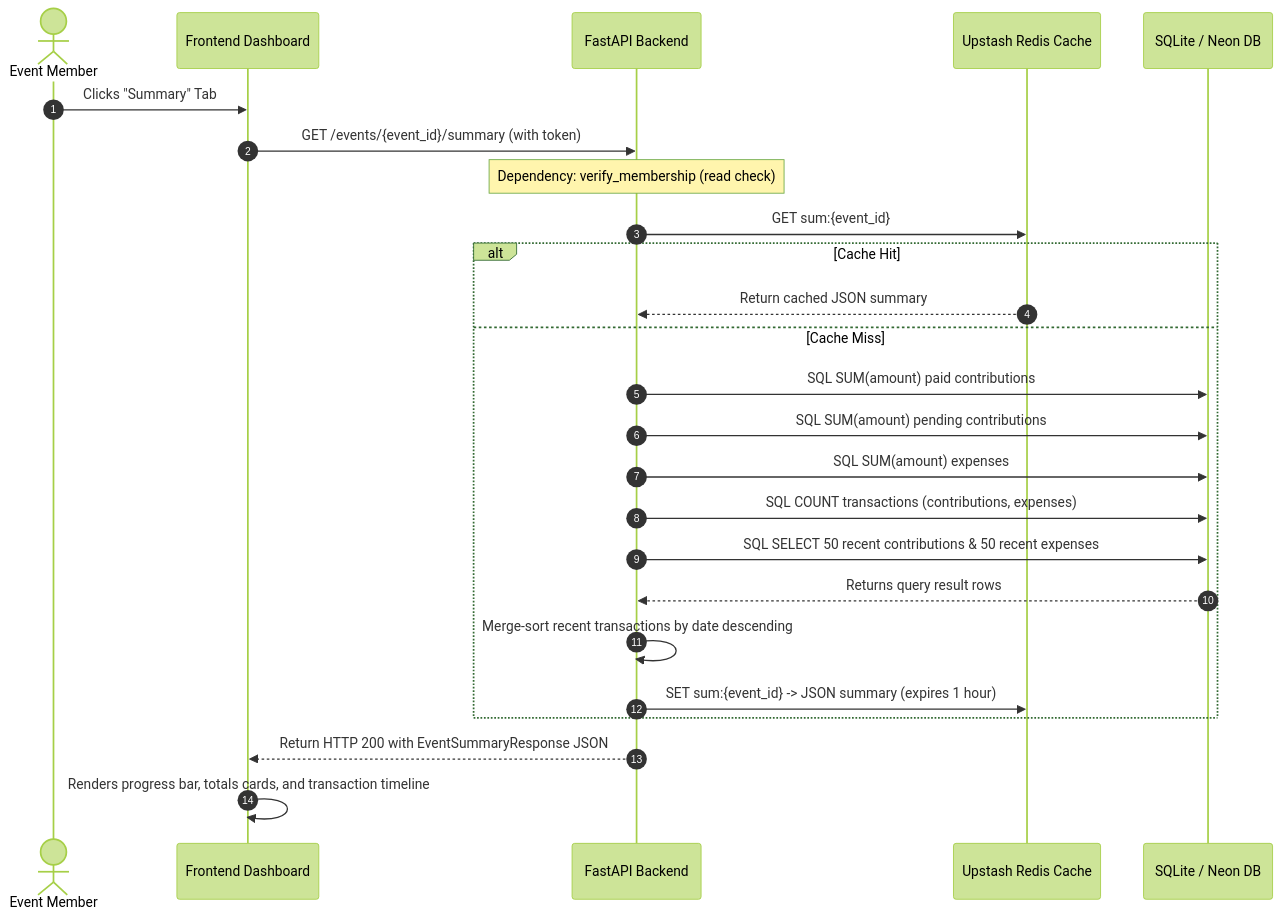
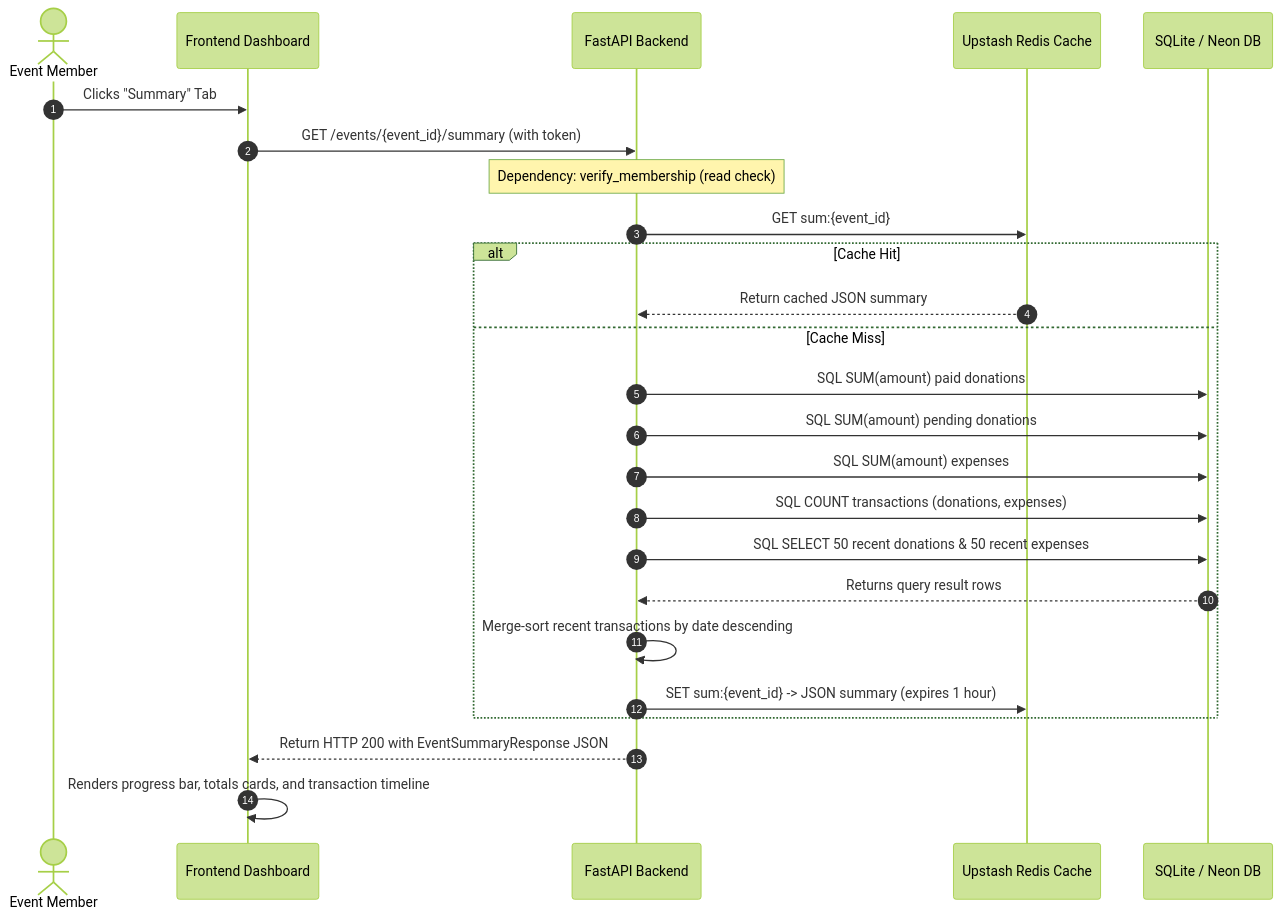
The diagram in docs/workflows/summary.md (mohanreddybodha/Notepay), drawn with Mermaid (forest theme) before and after one commit. The commit also changed other lines of this file and 9 other files, not shown here.

````diff
--- a/docs/workflows/summary.md
+++ b/docs/workflows/summary.md
@@ -22,30 +22,30 @@
 ```mermaid
 sequenceDiagram
     autonumber
     actor User as Event Member
     participant FE as Frontend Dashboard
     participant API as FastAPI Backend
     participant Cache as Upstash Redis Cache
     participant DB as SQLite / Neon DB
 
     User->>FE: Clicks "Summary" Tab
     FE->>API: GET /events/{event_id}/summary (with token)
     Note over API: Dependency: verify_membership (read check)
     API->>Cache: GET sum:{event_id}
     
     alt Cache Hit
         Cache-->>API: Return cached JSON summary
     else Cache Miss
-        API->>DB: SQL SUM(amount) paid contributions
-        API->>DB: SQL SUM(amount) pending contributions
+        API->>DB: SQL SUM(amount) paid donations
+        API->>DB: SQL SUM(amount) pending donations
         API->>DB: SQL SUM(amount) expenses
-        API->>DB: SQL COUNT transactions (contributions, expenses)
-        API->>DB: SQL SELECT 50 recent contributions & 50 recent expenses
+        API->>DB: SQL COUNT transactions (donations, expenses)
+        API->>DB: SQL SELECT 50 recent donations & 50 recent expenses
         DB-->>API: Returns query result rows
         API->>API: Merge-sort recent transactions by date descending
         API->>Cache: SET sum:{event_id} -> JSON summary (expires 1 hour)
     end
     
     API-->>FE: Return HTTP 200 with EventSummaryResponse JSON
     FE->>FE: Renders progress bar, totals cards, and transaction timeline
 ```
````
